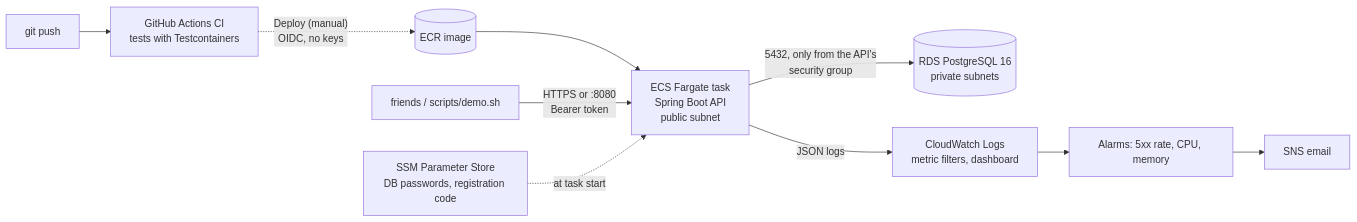
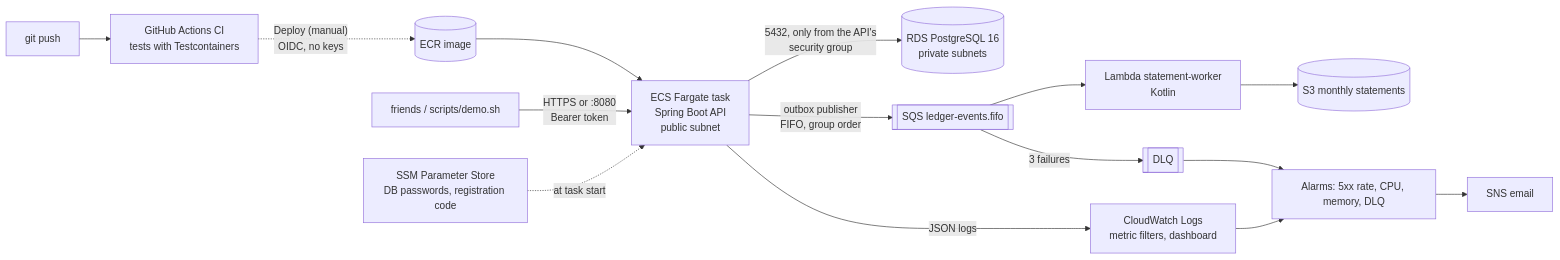
One commit to MadniAbdulWahab/splitledger changed the diagram in README.md. Above: the diagram before and after it, drawn with Mermaid. The commit also changed other lines of this file and 2 other files, not shown here.

````diff
--- a/README.md
+++ b/README.md
@@ -26,11 +26,16 @@
 ```mermaid
 flowchart LR
     dev[git push] --> ci[GitHub Actions CI<br/>tests with Testcontainers]
     ci -. "Deploy (manual)<br/>OIDC, no keys" .-> ecr[(ECR image)]
     ecr --> ecs[ECS Fargate task<br/>Spring Boot API<br/>public subnet]
     user[friends / scripts/demo.sh] -- "HTTPS or :8080<br/>Bearer token" --> ecs
     ecs -- "5432, only from the API's<br/>security group" --> rds[(RDS PostgreSQL 16<br/>private subnets)]
     ssm[SSM Parameter Store<br/>DB passwords, registration code] -. at task start .-> ecs
+    ecs -- "outbox publisher<br/>FIFO, group order" --> sqs[[SQS ledger-events.fifo]]
+    sqs --> lambda[Lambda statement-worker<br/>Kotlin]
+    lambda --> s3[(S3 monthly statements)]
+    sqs -- "3 failures" --> dlq[[DLQ]]
     ecs -- JSON logs --> cw[CloudWatch Logs<br/>metric filters, dashboard]
-    cw --> alarms[Alarms: 5xx rate, CPU, memory] --> sns[SNS email]
+    cw --> alarms[Alarms: 5xx rate, CPU, memory, DLQ] --> sns[SNS email]
+    dlq --> alarms
 ```
````
